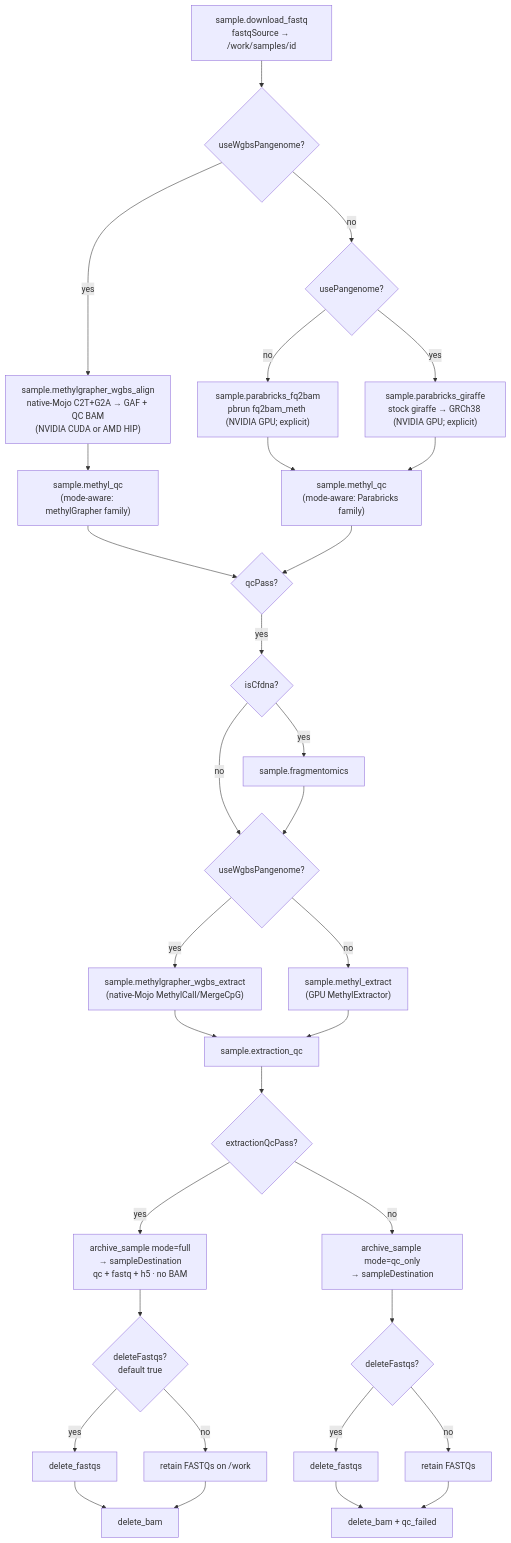
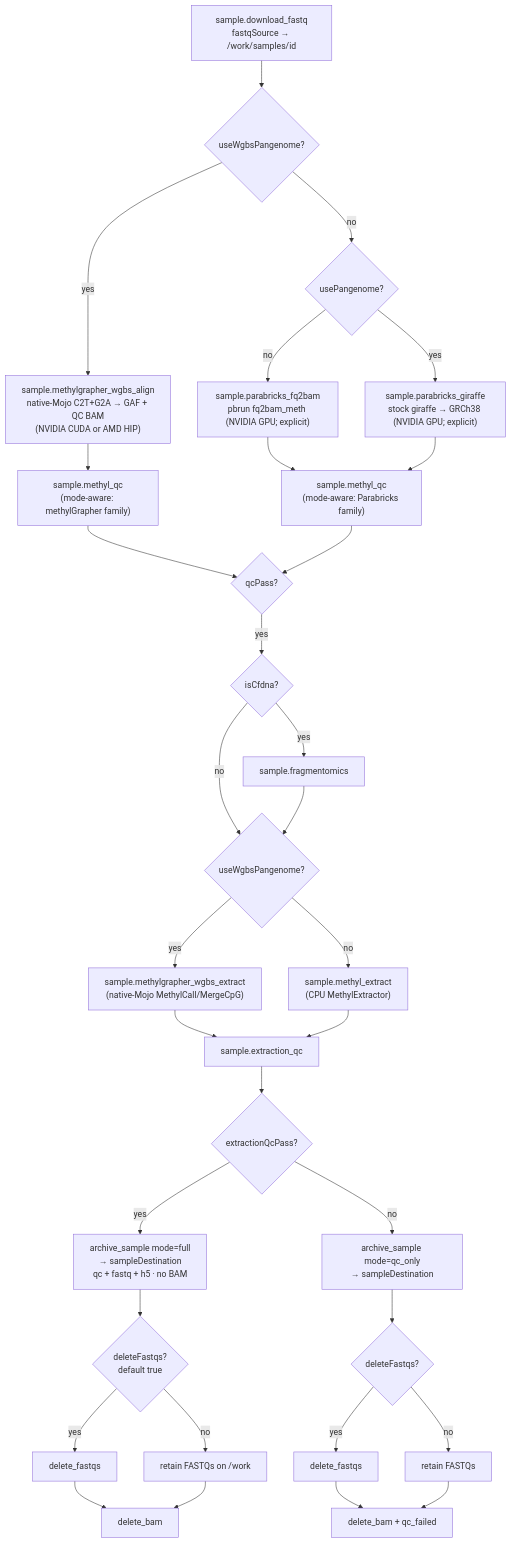
Before and after one commit to Goliath-Research/GoliathWorkflow: the sixth of 18 diagrams in docs/architecture/end-to-end-workflow.md, drawn with Mermaid. The commit also changed 19 other files, not shown here.

````diff
--- a/docs/architecture/end-to-end-workflow.md
+++ b/docs/architecture/end-to-end-workflow.md
@@ -152,35 +152,35 @@
 ```mermaid
 flowchart TD
   A["sample.download_fastq<br/>fastqSource → /work/samples/id"] --> B{"useWgbsPangenome?"}
   B -->|yes| MG["sample.methylgrapher_wgbs_align<br/>native-Mojo C2T+G2A → GAF + QC BAM<br/>(NVIDIA CUDA or AMD HIP)"]
   B -->|no| B2{"usePangenome?"}
   B2 -->|no| C["sample.parabricks_fq2bam<br/>pbrun fq2bam_meth (NVIDIA GPU; explicit)"]
   B2 -->|yes| D["sample.parabricks_giraffe<br/>stock giraffe → GRCh38 (NVIDIA GPU; explicit)"]
   C --> E["sample.methyl_qc<br/>(mode-aware: Parabricks family)"]
   D --> E
   MG --> E2["sample.methyl_qc<br/>(mode-aware: methylGrapher family)"]
   E2 --> F
 
   E --> F{"qcPass?"}
   F -->|yes| G{"isCfdna?"}
   G -->|yes| H["sample.fragmentomics"]
   G -->|no| I{"useWgbsPangenome?"}
   H --> I
   I -->|yes| IX["sample.methylgrapher_wgbs_extract<br/>(native-Mojo MethylCall/MergeCpG)"]
-  I -->|no| IY["sample.methyl_extract<br/>(GPU MethylExtractor)"]
+  I -->|no| IY["sample.methyl_extract<br/>(CPU MethylExtractor)"]
   IX --> J["sample.extraction_qc"]
   IY --> J
   J --> K{"extractionQcPass?"}
   K -->|yes| L["archive_sample mode=full<br/>→ sampleDestination<br/>qc + fastq + h5 · no BAM"]
   L --> M{"deleteFastqs?<br/>default true"}
   M -->|yes| N["delete_fastqs"]
   M -->|no| O["retain FASTQs on /work"]
   N --> P["delete_bam"]
   O --> P
   K -->|no| Q["archive_sample mode=qc_only<br/>→ sampleDestination"]
   Q --> R{"deleteFastqs?"}
   R -->|yes| S["delete_fastqs"]
   R -->|no| T["retain FASTQs"]
   S --> U["delete_bam + qc_failed"]
   T --> U
 ```
````
